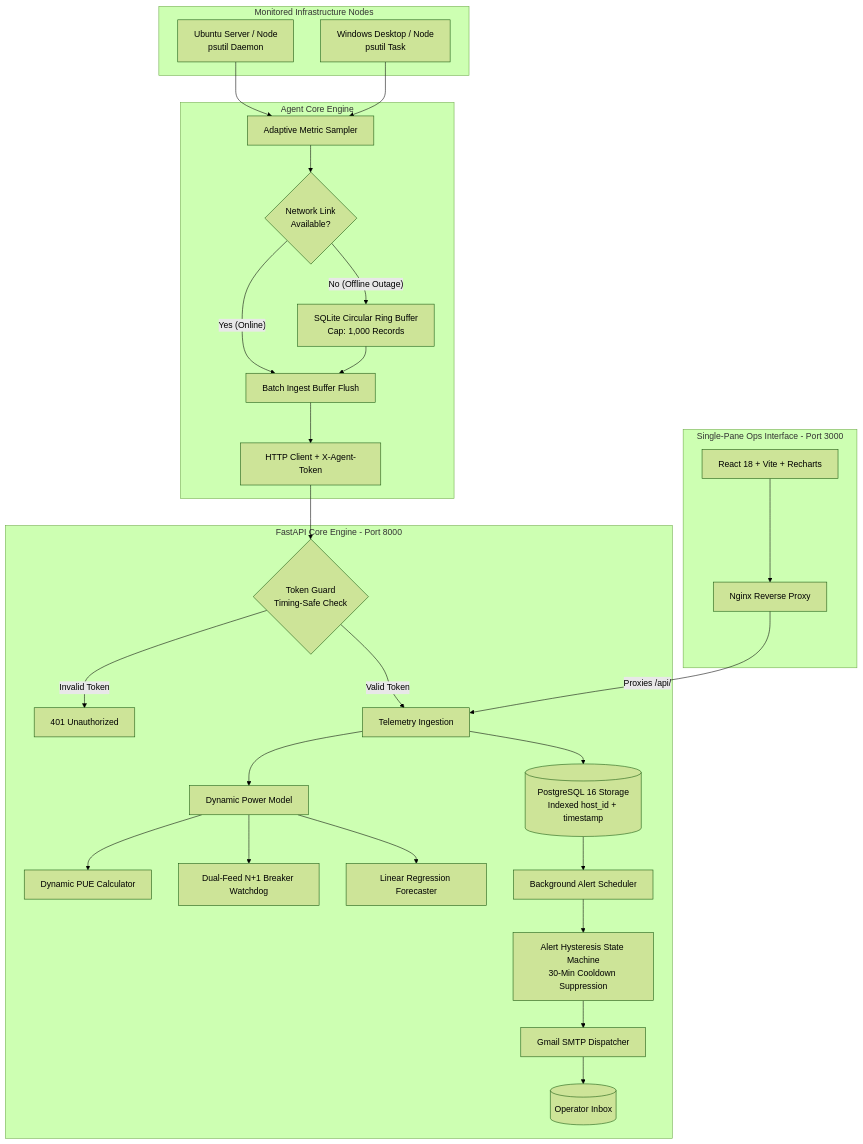
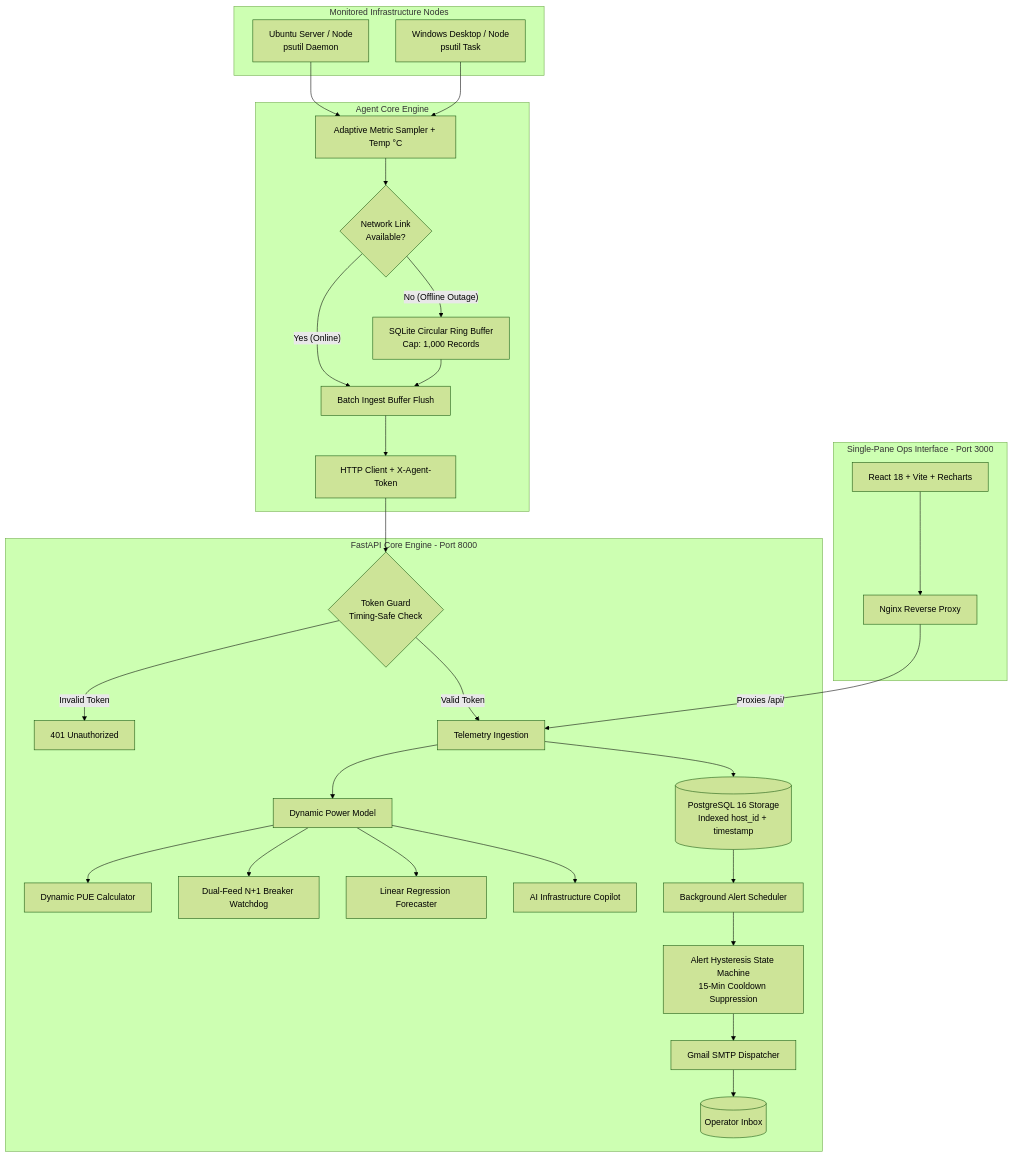
The first of 2 diagrams in README.md (Disorn1998/infrapulse), drawn with Mermaid (forest theme) before and after one commit. The commit also changed other lines of this file and 2 other files, not shown here.

````diff
--- a/README.md
+++ b/README.md
@@ -51,39 +74,40 @@
 ```mermaid
 flowchart TD
     subgraph Monitored_Nodes [Monitored Infrastructure Nodes]
         U[Ubuntu Server / Node<br/>psutil Daemon]
         W[Windows Desktop / Node<br/>psutil Task]
     end
 
     subgraph Client_Agent_Layer [Agent Core Engine]
-        U --> SAMP[Adaptive Metric Sampler]
+        U --> SAMP[Adaptive Metric Sampler + Temp °C]
         W --> SAMP
         SAMP --> NET_CHECK{Network Link<br/>Available?}
         NET_CHECK -- No (Offline Outage) --> BUF[SQLite Circular Ring Buffer<br/>Cap: 1,000 Records]
         NET_CHECK -- Yes (Online) --> FLUSH[Batch Ingest Buffer Flush]
         FLUSH --> HTTP_TX[HTTP Client + X-Agent-Token]
         BUF --> FLUSH
     end
 
     subgraph Backend_Gateway [FastAPI Core Engine - Port 8000]
         HTTP_TX --> AUTH{Token Guard<br/>Timing-Safe Check}
         AUTH -- Invalid Token --> REJ[401 Unauthorized]
         AUTH -- Valid Token --> INGEST[Telemetry Ingestion]
         INGEST --> DB[(PostgreSQL 16 Storage<br/>Indexed host_id + timestamp)]
         
         INGEST --> PWR_ENG[Dynamic Power Model]
         PWR_ENG --> PUE_ENG[Dynamic PUE Calculator]
         PWR_ENG --> RED_ENG[Dual-Feed N+1 Breaker Watchdog]
         PWR_ENG --> CAP_ENG[Linear Regression Forecaster]
+        PWR_ENG --> AI_ENG[AI Infrastructure Copilot]
         
         DB --> SCHED[Background Alert Scheduler]
-        SCHED --> ALERT_FSM[Alert Hysteresis State Machine<br/>30-Min Cooldown Suppression]
+        SCHED --> ALERT_FSM[Alert Hysteresis State Machine<br/>15-Min Cooldown Suppression]
         ALERT_FSM --> SMTP[Gmail SMTP Dispatcher]
         SMTP --> MAIL[(Operator Inbox)]
     end
 
     subgraph Web_Dashboard [Single-Pane Ops Interface - Port 3000]
         NGINX[Nginx Reverse Proxy] -->|Proxies /api/| INGEST
         SPA[React 18 + Vite + Recharts] --> NGINX
     end
 ```
````
